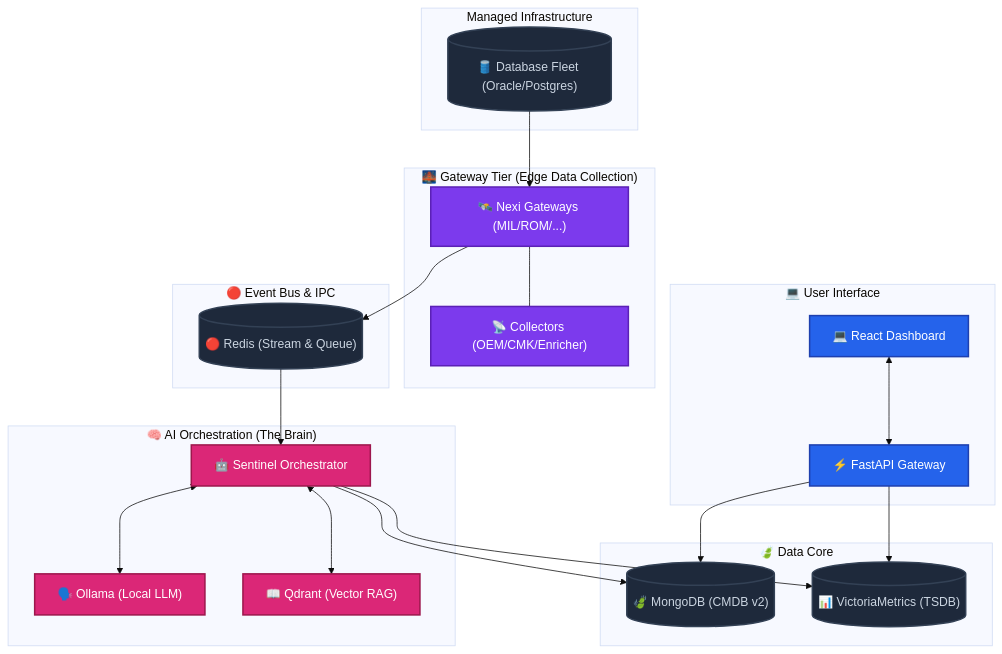
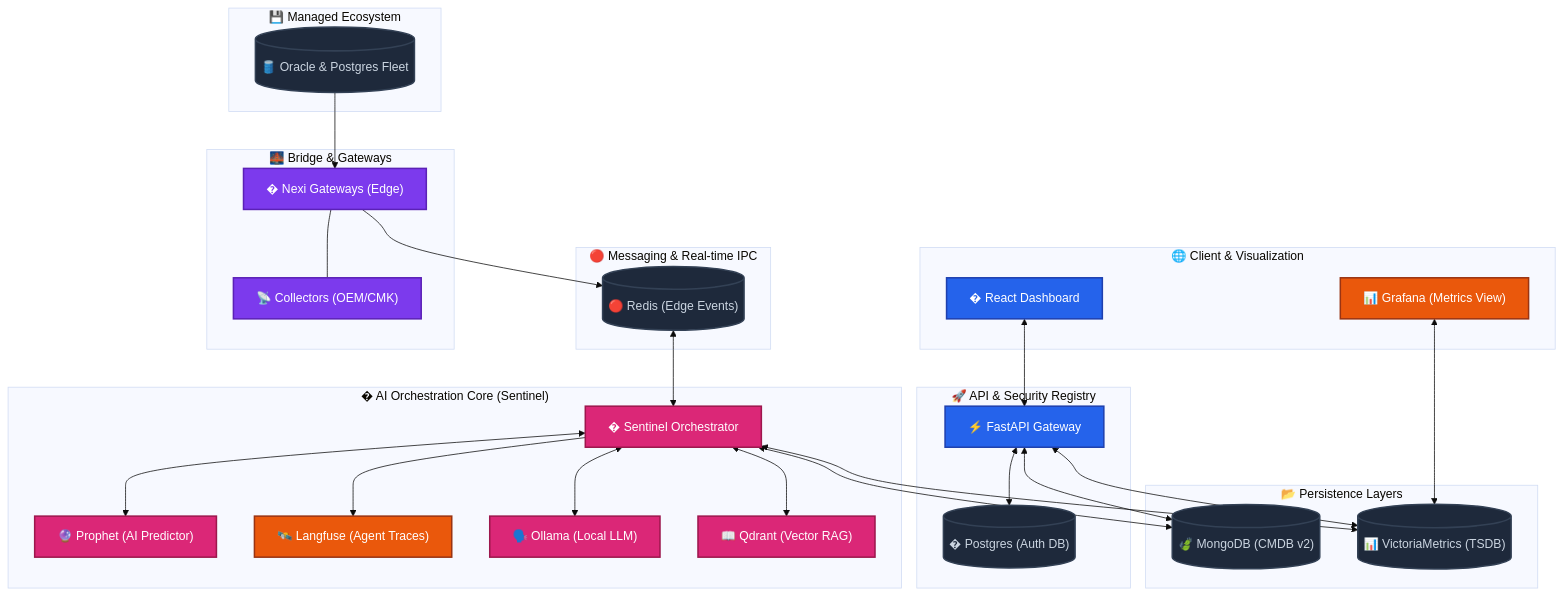
The diagram in README.md (Mohamed-DN/DB-AI), drawn with Mermaid (base theme) before and after one commit.

Commit message:
Complete System Architecture: Auth DB, Grafana, Prophet, Langfuse, Sentinel Flow

````diff
--- a/README.md
+++ b/README.md
@@ -56,52 +56,66 @@
 ```mermaid
 graph TB
-    subgraph "Managed Infrastructure"
-        DBs[("🛢️ Database Fleet (Oracle/Postgres)")]
+    subgraph "🌐 Client & Visualization"
+        UI["� React Dashboard"]
+        GRAFANA["📊 Grafana (Metrics View)"]
     end
 
-    subgraph "🌉 Gateway Tier (Edge Data Collection)"
-        GW["🛰️ Nexi Gateways (MIL/ROM/...)"]
-        AGENTS["📡 Collectors (OEM/CMK/Enricher)"]
-        GW --- AGENTS
+    subgraph "🚀 API & Security Registry"
+        API["⚡ FastAPI Gateway"]
+        AUTH[("� Postgres (Auth DB)")]
+        UI <--> API
+        API <--> AUTH
     end
 
-    subgraph "🔴 Event Bus & IPC"
-        REDIS[("🔴 Redis (Stream & Queue)")]
+    subgraph "� AI Orchestration Core (Sentinel)"
+        SENTINEL["� Sentinel Orchestrator"]
+        PROPHET["🔮 Prophet (AI Predictor)"]
+        LANGFUSE["🛰️ Langfuse (Agent Traces)"]
+        LLM["🗣️ Ollama (Local LLM)"]
+        RAG["📖 Qdrant (Vector RAG)"]
+        
+        SENTINEL <--> LLM & RAG
+        SENTINEL <--> PROPHET
+        SENTINEL --> LANGFUSE
     end
 
-    subgraph "🧠 AI Orchestration (The Brain)"
-        SENTINEL["🤖 Sentinel Orchestrator"]
-        LLM["🗣️ Ollama (Local LLM)"]
-        RAG["📖 Qdrant (Vector RAG)"]
-        SENTINEL <--> LLM & RAG
+    subgraph "🔴 Messaging & Real-time IPC"
+        REDIS[("🔴 Redis (Edge Events)")]
     end
 
-    subgraph "🍃 Data Core"
+    subgraph "📂 Persistence Layers"
         MONGO[("🍃 MongoDB (CMDB v2)")]
         VM[("📊 VictoriaMetrics (TSDB)")]
     end
 
-    subgraph "💻 User Interface"
-        UI["💻 React Dashboard"]
-        API["⚡ FastAPI Gateway"]
-        UI <--> API
+    subgraph "🌉 Bridge & Gateways"
+        GW["�️ Nexi Gateways (Edge)"]
+        EXT["📡 Collectors (OEM/CMK)"]
+        GW --- EXT
     end
 
-    %% Data Flow Logic (User Defined)
-    DBs --> GW
+    subgraph "💾 Managed Ecosystem"
+        FLEET[("🛢️ Oracle & Postgres Fleet")]
+    end
+
+    %% Flow Logic
+    FLEET --> GW
     GW --> REDIS
-    REDIS --> SENTINEL
-    SENTINEL --> MONGO & VM
-    API --> MONGO & VM
+    REDIS <--> SENTINEL
+    SENTINEL <--> MONGO & VM
+    API <--> MONGO & VM
+    GRAFANA <--> VM
 
     %% Styling
     classDef primary fill:#2563eb,stroke:#1e40af,color:#fff,stroke-width:2px;
     classDef storage fill:#1e293b,stroke:#334155,color:#cbd5e1,stroke-width:2px;
     classDef agent fill:#7c3aed,stroke:#5b21b6,color:#fff,stroke-width:2px;
     classDef brain fill:#db2777,stroke:#9d174d,color:#fff,stroke-width:2px;
+    classDef obs fill:#ea580c,stroke:#9a3412,color:#fff,stroke-width:2px;
     
     class UI,API primary;
-    class MONGO,VM,REDIS,DBs storage;
-    class GW,AGENTS agent;
-    class SENTINEL,LLM,RAG brain;
+    class MONGO,VM,REDIS,AUTH,FLEET storage;
+    class GW,EXT agent;
+    class SENTINEL,LLM,RAG,PROPHET brain;
+    class GRAFANA,LANGFUSE obs;
 ```
````
